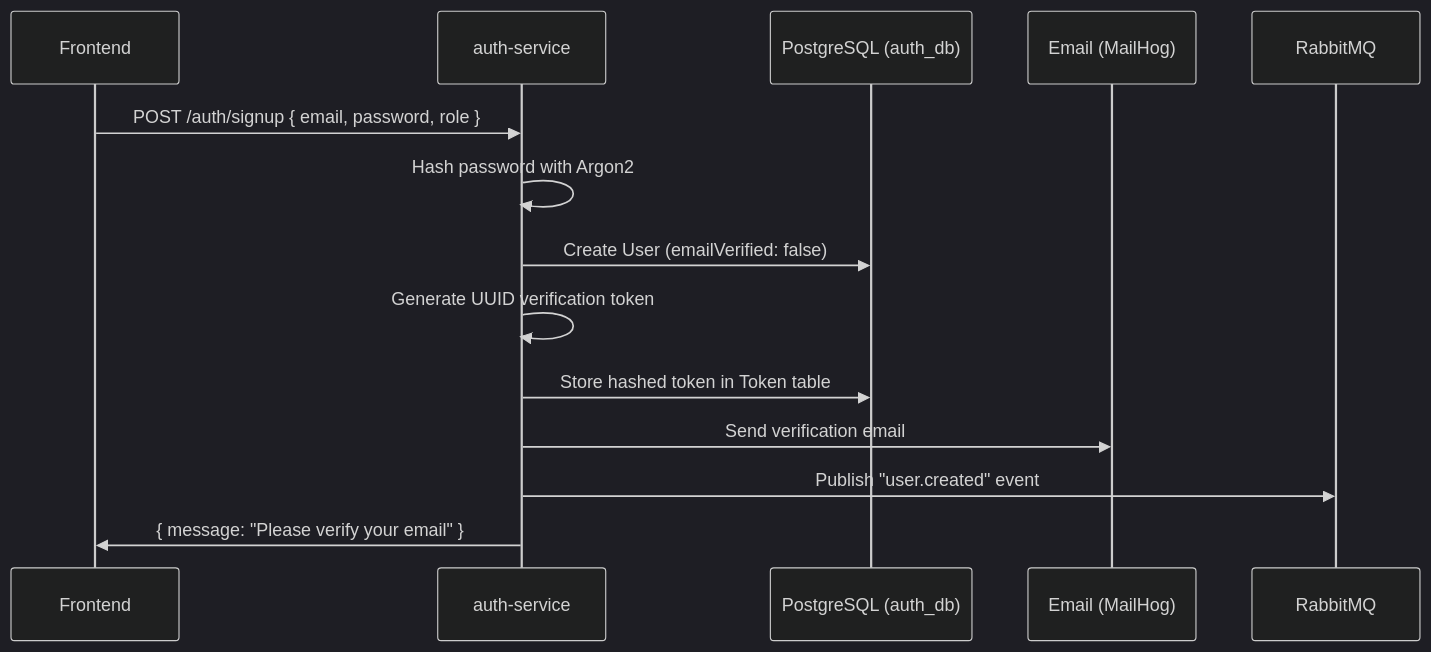
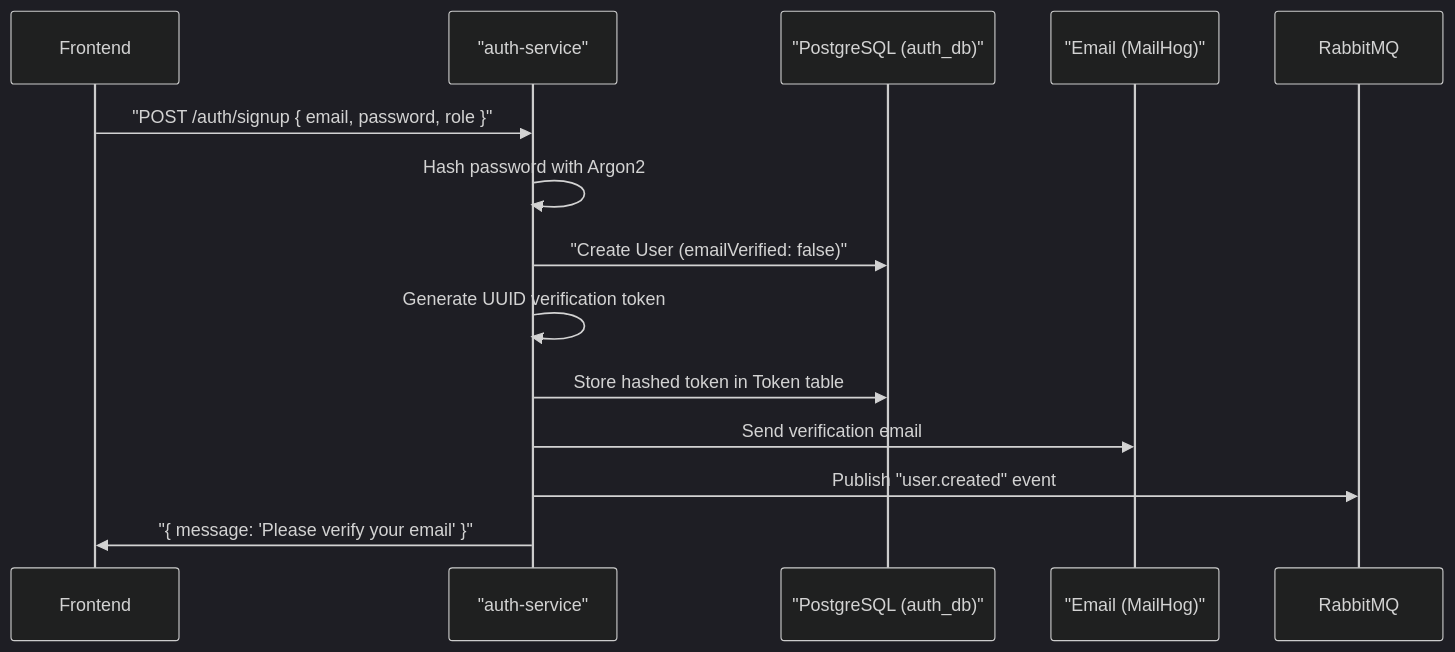
One commit to Food-Delivery-Aggregator/.github changed the fourth of 21 diagrams in profile/README.md. Above: the diagram before and after it, drawn with Mermaid (dark theme). The commit also changed other lines of this file, not shown here.

Commit message:
Refactor mermaid diagrams for clarity and consistency

````diff
--- a/profile/README.md
+++ b/profile/README.md
@@ -305,17 +302,17 @@
 ```mermaid
 sequenceDiagram
     participant Frontend
-    participant AuthService as auth-service
-    participant Database as PostgreSQL (auth_db)
-    participant EmailService as Email (MailHog)
+    participant AuthService as "auth-service"
+    participant Database as "PostgreSQL (auth_db)"
+    participant EmailService as "Email (MailHog)"
     participant RabbitMQ
 
-    Frontend->>AuthService: POST /auth/signup { email, password, role }
+    Frontend->>AuthService: "POST /auth/signup { email, password, role }"
     AuthService->>AuthService: Hash password with Argon2
-    AuthService->>Database: Create User (emailVerified: false)
+    AuthService->>Database: "Create User (emailVerified: false)"
     AuthService->>AuthService: Generate UUID verification token
     AuthService->>Database: Store hashed token in Token table
     AuthService->>EmailService: Send verification email
     AuthService->>RabbitMQ: Publish "user.created" event
-    AuthService->>Frontend: { message: "Please verify your email" }
+    AuthService->>Frontend: "{ message: 'Please verify your email' }"
 ```
````
